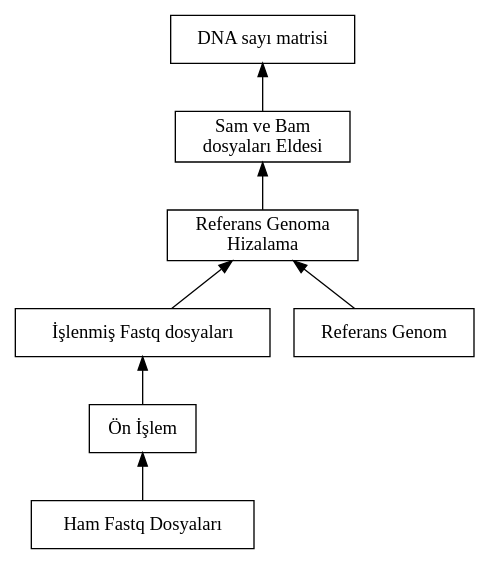
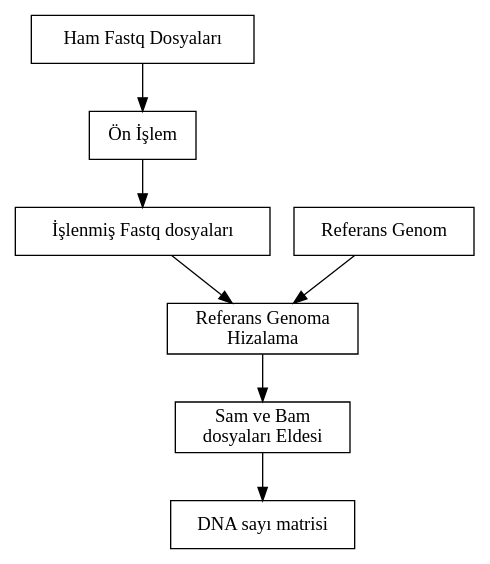
One commit to emrahkirdok/bioinformatics changed the diagram in 02-practice/02-rnaseq-project.qmd. Above: the diagram before and after it, drawn with Graphviz. The commit also changed other lines of this file, not shown here.

````diff
--- a/02-practice/02-rnaseq-project.qmd
+++ b/02-practice/02-rnaseq-project.qmd
@@ -5,13 +5,12 @@
 ```{dot}
 // | label: fig-graph-3
 // | fig-cap: "RNA dizileme veri analizi şeması"
-// | fig-width: 200px
-// | fig-height: 200px
+// | fig-width: 300px
+// | fig-height: 300px
 
 digraph g{
-    rankdir = "BT";
     node [shape = "rect"];
     "Ham Fastq Dosyaları" -> "Ön İşlem" -> "İşlenmiş Fastq dosyaları" -> "Referans Genoma\nHizalama" -> "Sam ve Bam\ndosyaları Eldesi" -> "DNA sayı matrisi";
     "Referans Genom" -> "Referans Genoma\nHizalama";
 }
 ```
````
